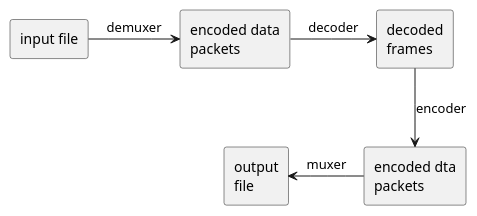
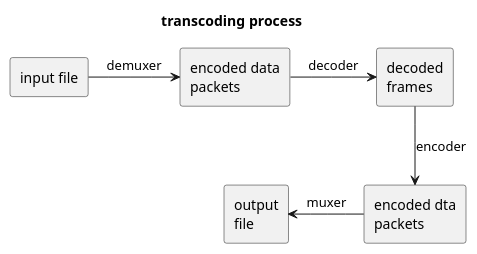
One commit to kevinwang930/kevinwang930.github.io changed the first of 2 diagrams in content/post/stream/ffmpeg.md. Above: the diagram before and after it, drawn with PlantUML. The commit also changed other lines of this file and 3 other files, not shown here.

````diff
--- a/content/post/stream/ffmpeg.md
+++ b/content/post/stream/ffmpeg.md
@@ -27,16 +18,17 @@
-```plantuml
+``` plantuml
+title: transcoding process
 rectangle "input file" as input
 rectangle encoded [encoded data
 packets]
 rectangle decoded [decoded
 frames]
 rectangle encoded_data [encoded dta
 packets]
 rectangle output [output 
 file]
 input -right-> encoded: demuxer
 encoded-right-> decoded: decoder
 decoded -down-> encoded_data: encoder
 encoded_data -left-> output: muxer
 
 ```
````
